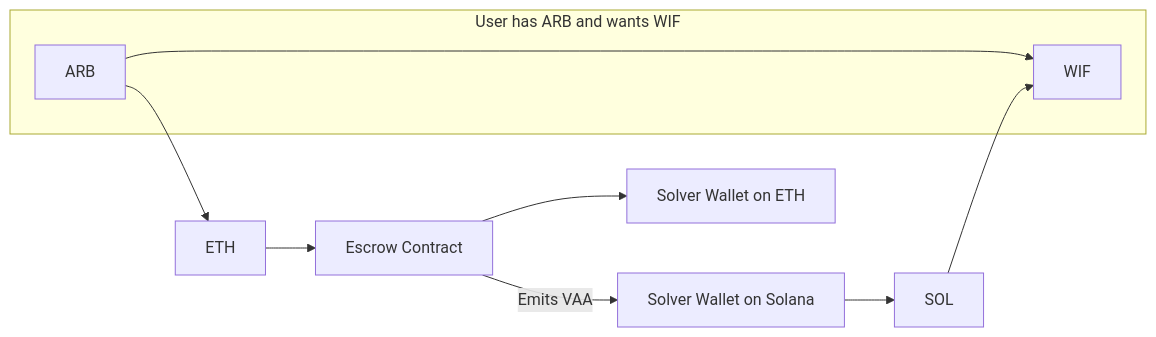
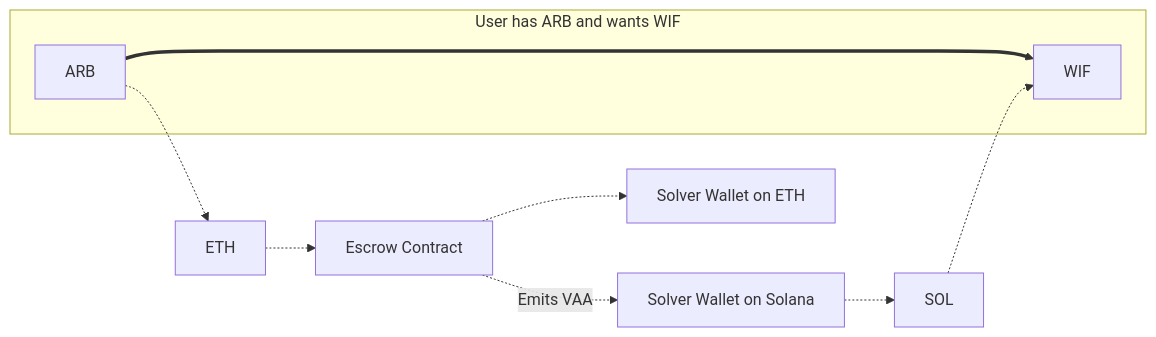
Before and after one commit to wormhole-foundation/wormhole-docs: the first of 2 diagrams in products/settlement/overview.md, drawn with Mermaid. The commit also changed other lines of this file, not shown here.

````diff
--- a/products/settlement/overview.md
+++ b/products/settlement/overview.md
@@ -40,16 +54,16 @@
 ```mermaid
 flowchart LR
 
-    subgraph TOP [User has ARB and wants WIF]
-        ARB[ARB] --> WIF[WIF]
+    subgraph TOP[User has ARB and wants WIF]
+        ARB[ARB] ==> WIF[WIF]
     end
 
-    ARB --> ETH[ETH]
-    ETH --> Escrow[Escrow Contract]
+    ARB -.-> ETH[ETH]
+    ETH -.-> Escrow[Escrow Contract]
 
-    Escrow --> ArbSolver[Solver Wallet on ETH]
-    Escrow -- Emits VAA --> SolSolver[Solver Wallet on Solana]
+    Escrow -.-> ArbSolver[Solver Wallet on ETH]
+    Escrow -. Emits VAA .-> SolSolver[Solver Wallet on Solana]
 
-    SolSolver --> SOL
-    SOL --> WIF
+    SolSolver -.-> SOL
+    SOL -.-> WIF
 ```
````
